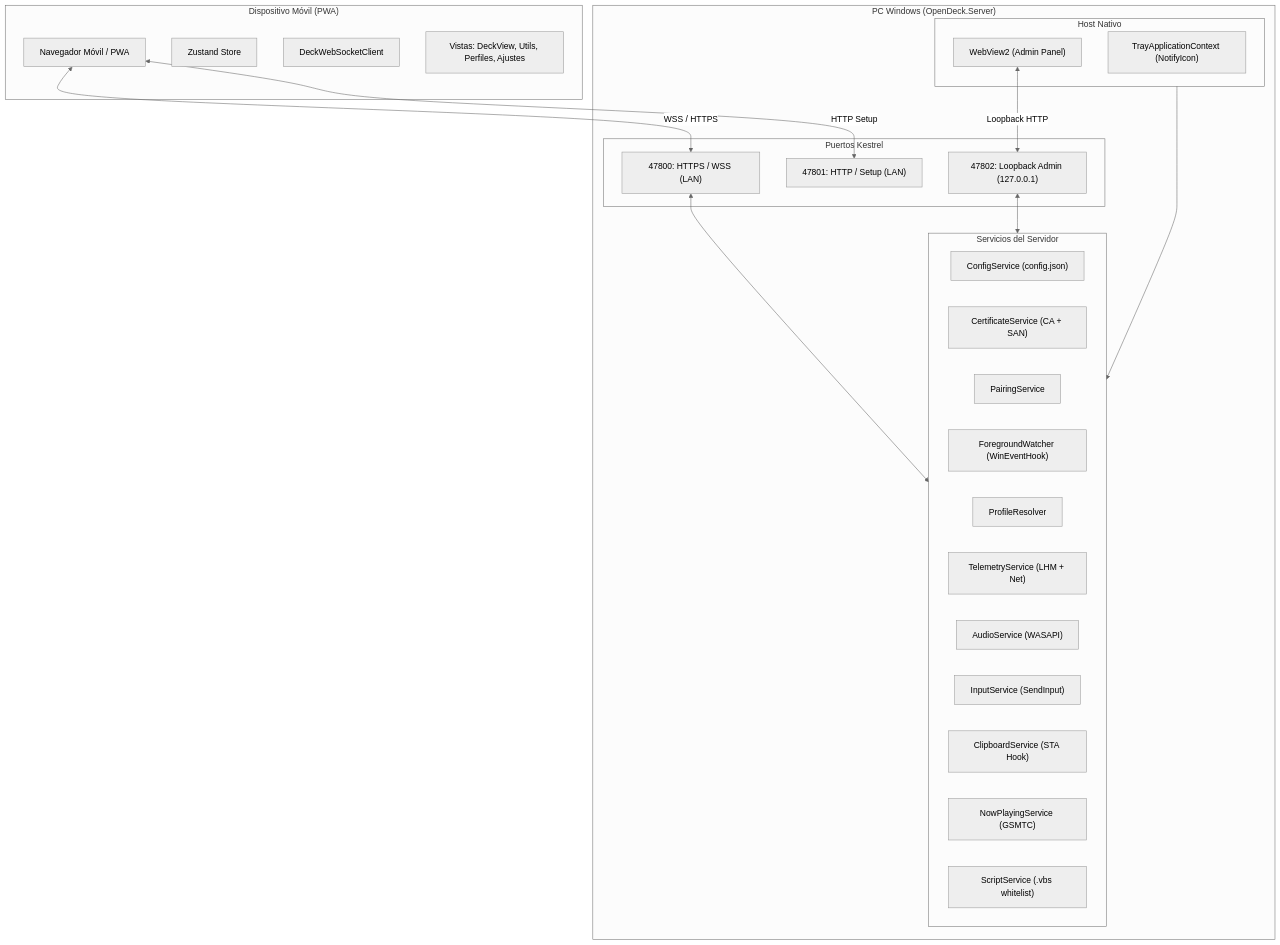
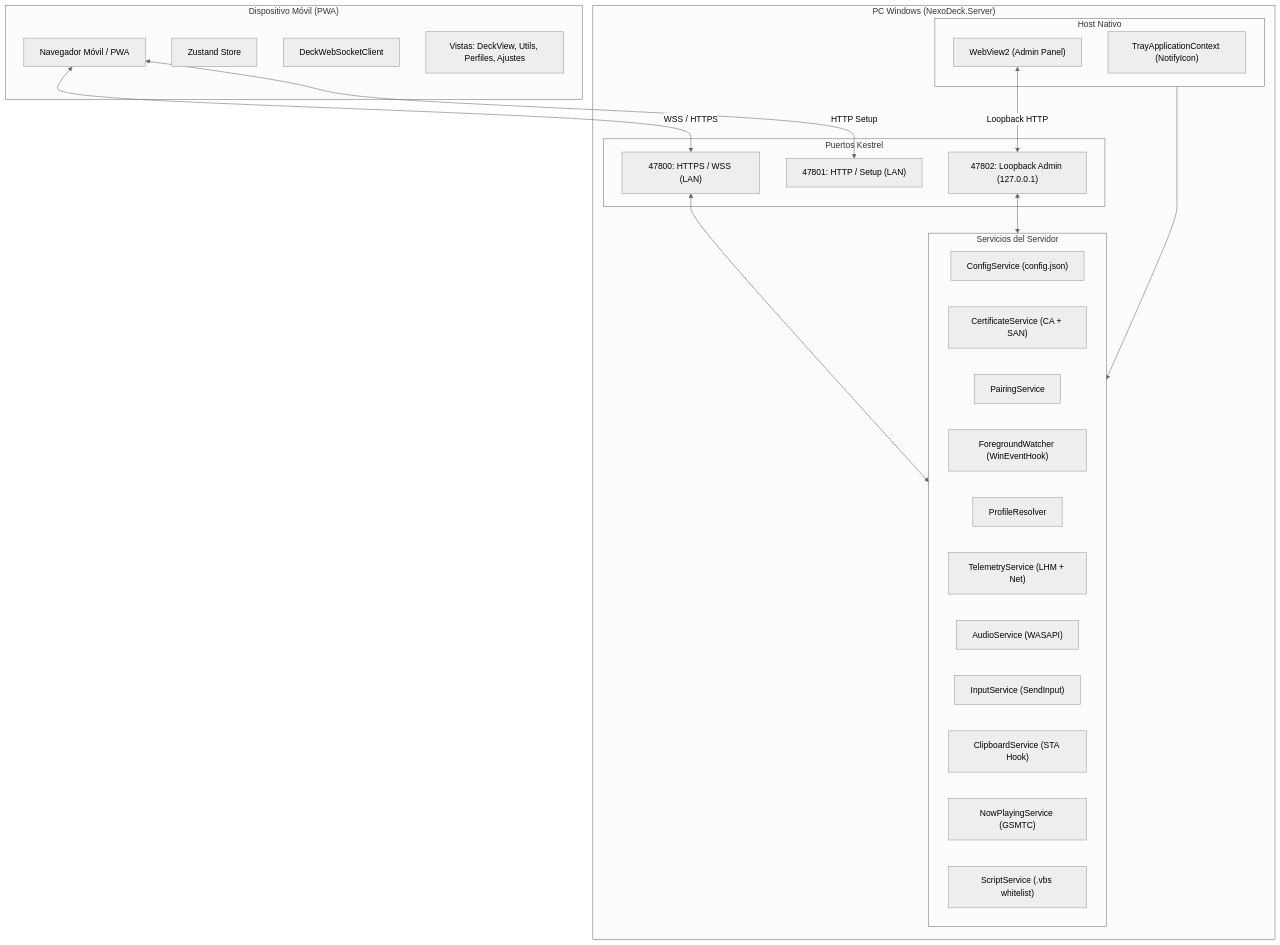
The diagram in docs/ARQUITECTURA.md (8jnicolasj8/NexoDeck), drawn with Mermaid (neutral theme) before and after one commit. The commit also changed other lines of this file and 261 other files, not shown here.

First line of the commit message:
Renombrar el proyecto a NexoDeck e incorporar la v0.3.0

````diff
--- a/docs/ARQUITECTURA.md
+++ b/docs/ARQUITECTURA.md
@@ -5,44 +5,44 @@
 ```mermaid
 flowchart TD
-    subgraph PC["PC Windows (OpenDeck.Server)"]
+    subgraph PC["PC Windows (NexoDeck.Server)"]
         subgraph Ports["Puertos Kestrel"]
             P47800["47800: HTTPS / WSS (LAN)"]
             P47801["47801: HTTP / Setup (LAN)"]
             P47802["47802: Loopback Admin (127.0.0.1)"]
         end
 
         subgraph Core["Servicios del Servidor"]
             Config["ConfigService (config.json)"]
             Cert["CertificateService (CA + SAN)"]
             Pairing["PairingService"]
             Watcher["ForegroundWatcher (WinEventHook)"]
             Resolver["ProfileResolver"]
             Telemetry["TelemetryService (LHM + Net)"]
             Audio["AudioService (WASAPI)"]
             Input["InputService (SendInput)"]
             Clipboard["ClipboardService (STA Hook)"]
             NowPlaying["NowPlayingService (GSMTC)"]
             Scripts["ScriptService (.vbs whitelist)"]
         end
 
         subgraph Host["Host Nativo"]
             Tray["TrayApplicationContext (NotifyIcon)"]
             WebView["WebView2 (Admin Panel)"]
         end
     end
 
     subgraph Mobile["Dispositivo Móvil (PWA)"]
         Browser["Navegador Móvil / PWA"]
         DeckStore["Zustand Store"]
         DeckSocket["DeckWebSocketClient"]
         Views["Vistas: DeckView, Utils, Perfiles, Ajustes"]
     end
 
     Browser <-->|WSS / HTTPS| P47800
     Browser <-->|HTTP Setup| P47801
     WebView <-->|Loopback HTTP| P47802
 
     P47800 <--> Core
     P47802 <--> Core
     Host --> Core
 ```
````
